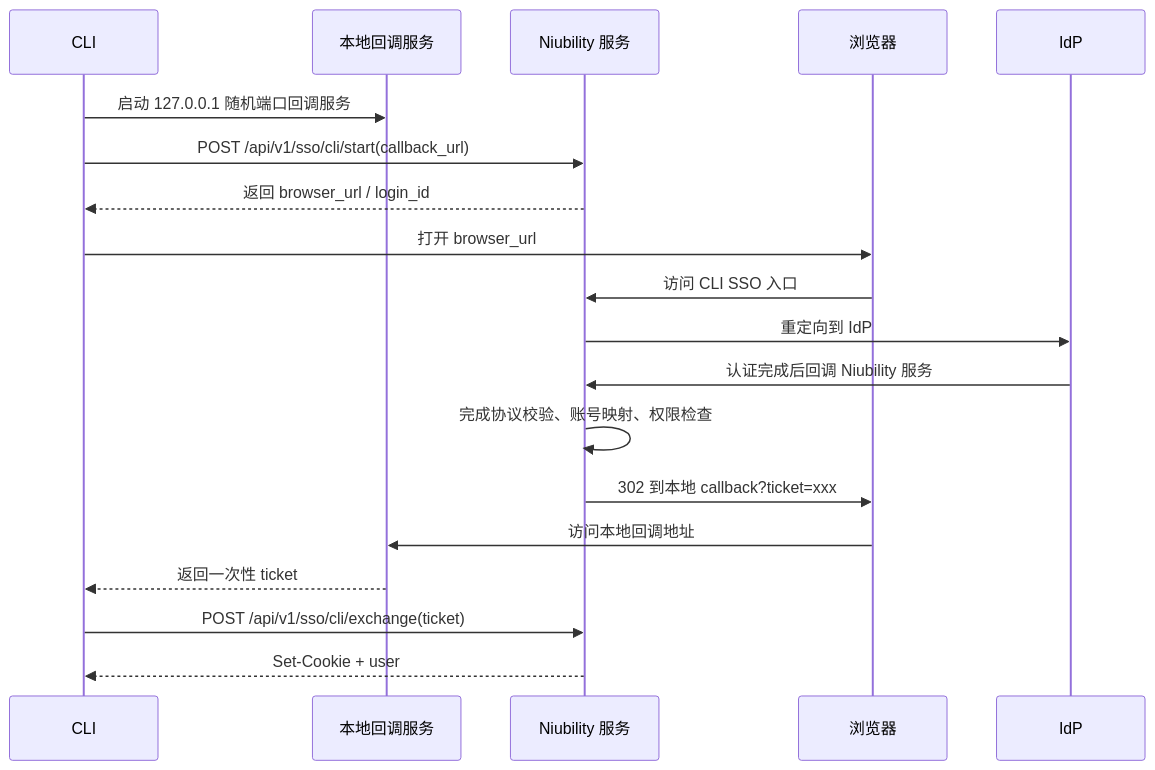
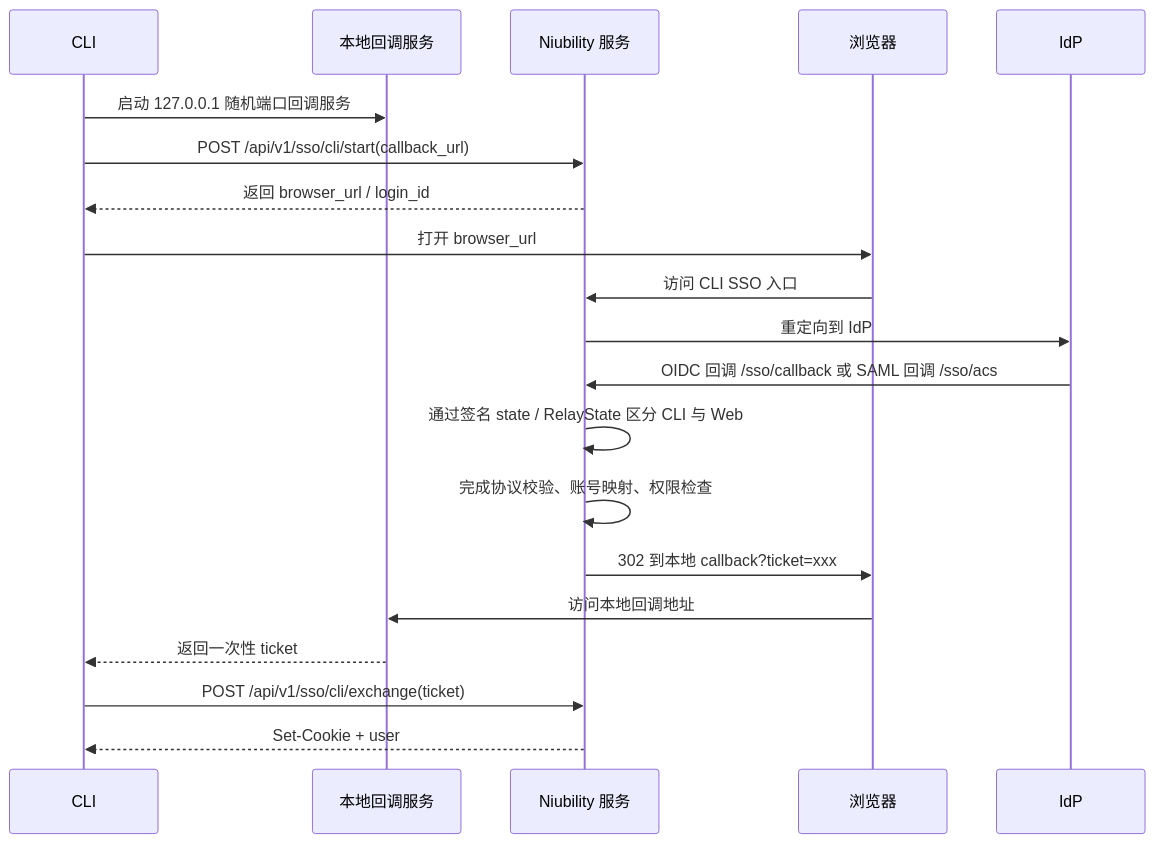
The diagram in docs/cli-sso-login-design.md (miclle/niubility), drawn with Mermaid before and after one commit. The commit also changed other lines of this file and 17 other files, not shown here.

First line of the commit message:
feat(cli): add browser-based SSO login

````diff
--- a/docs/cli-sso-login-design.md
+++ b/docs/cli-sso-login-design.md
@@ -30,22 +30,23 @@
 ```mermaid
 sequenceDiagram
     participant CLI as CLI
     participant Local as 本地回调服务
     participant Server as Niubility 服务
     participant Browser as 浏览器
     participant IdP as IdP
 
     CLI->>Local: 启动 127.0.0.1 随机端口回调服务
     CLI->>Server: POST /api/v1/sso/cli/start(callback_url)
     Server-->>CLI: 返回 browser_url / login_id
     CLI->>Browser: 打开 browser_url
     Browser->>Server: 访问 CLI SSO 入口
     Server->>IdP: 重定向到 IdP
-    IdP->>Server: 认证完成后回调 Niubility 服务
+    IdP->>Server: OIDC 回调 /sso/callback 或 SAML 回调 /sso/acs
+    Server->>Server: 通过签名 state / RelayState 区分 CLI 与 Web
     Server->>Server: 完成协议校验、账号映射、权限检查
     Server->>Browser: 302 到本地 callback?ticket=xxx
     Browser->>Local: 访问本地回调地址
     Local-->>CLI: 返回一次性 ticket
     CLI->>Server: POST /api/v1/sso/cli/exchange(ticket)
     Server-->>CLI: Set-Cookie + user
 ```
````
